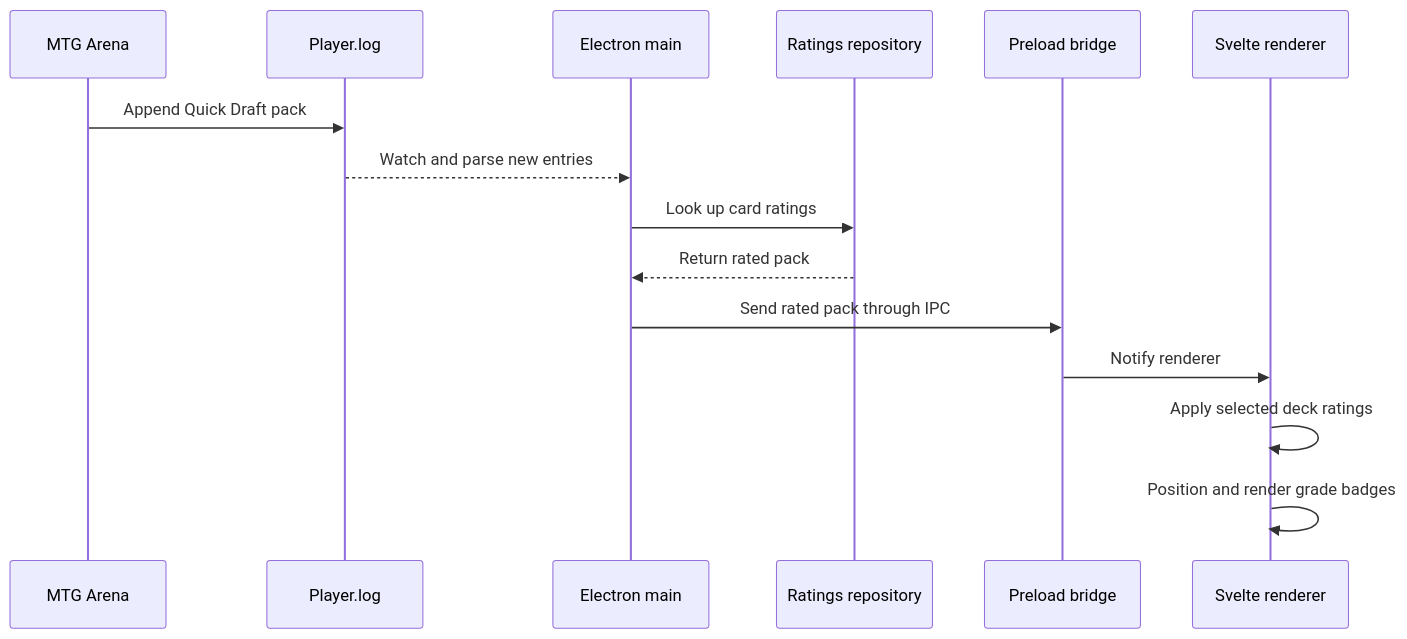
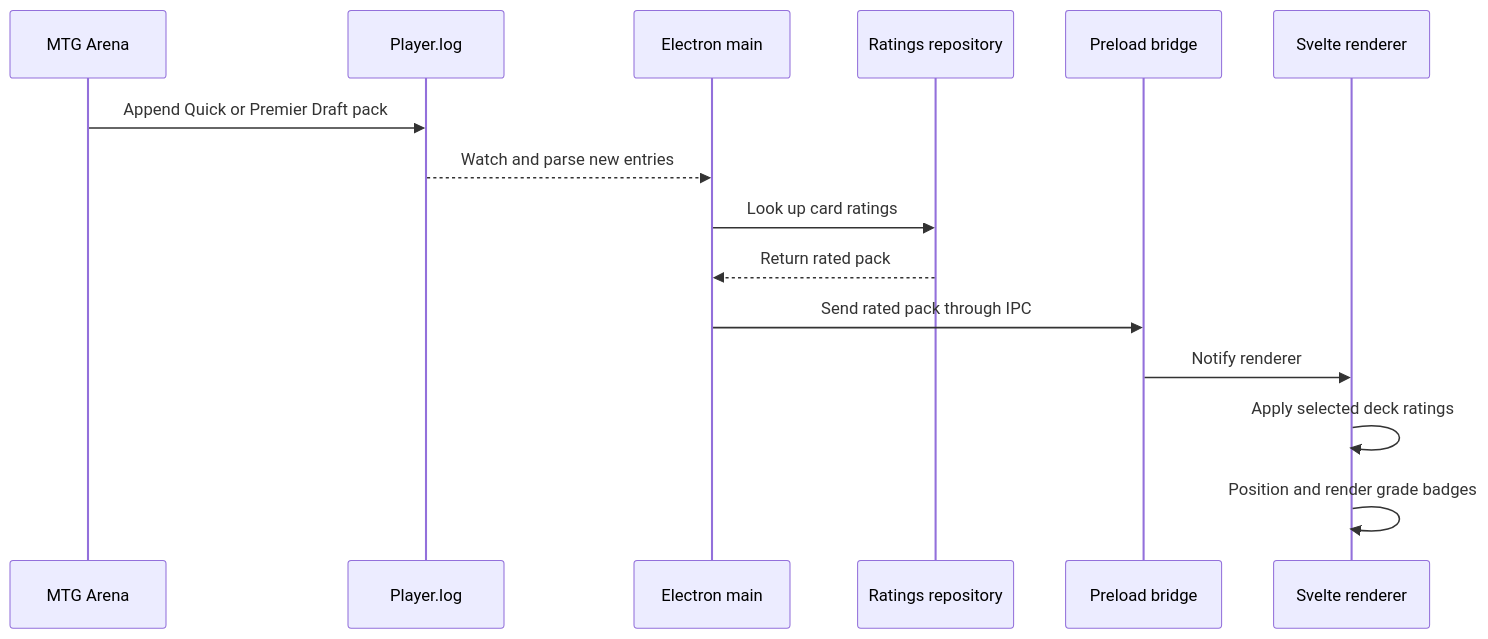
The diagram in README.md (ratek-20/17-buddy), drawn with Mermaid before and after one commit. The commit also changed other lines of this file and 7 other files, not shown here.

Commit message:
feat: adapt to premier draft

````diff
--- a/README.md
+++ b/README.md
@@ -91,18 +96,18 @@
 ```mermaid
 sequenceDiagram
     participant Arena as MTG Arena
     participant Log as Player.log
     participant Main as Electron main
     participant Ratings as Ratings repository
     participant Preload as Preload bridge
     participant UI as Svelte renderer
 
-    Arena->>Log: Append Quick Draft pack
+    Arena->>Log: Append Quick or Premier Draft pack
     Log-->>Main: Watch and parse new entries
     Main->>Ratings: Look up card ratings
     Ratings-->>Main: Return rated pack
     Main->>Preload: Send rated pack through IPC
     Preload->>UI: Notify renderer
     UI->>UI: Apply selected deck ratings
     UI->>UI: Position and render grade badges
 ```
````
